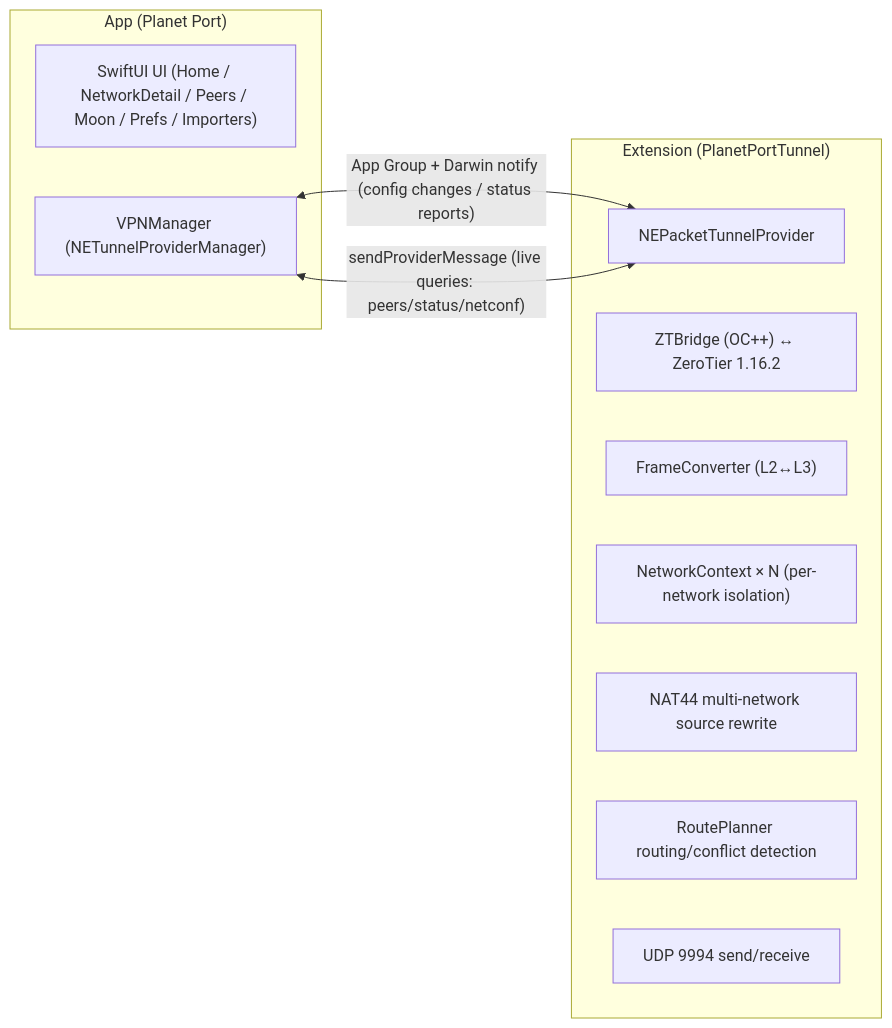
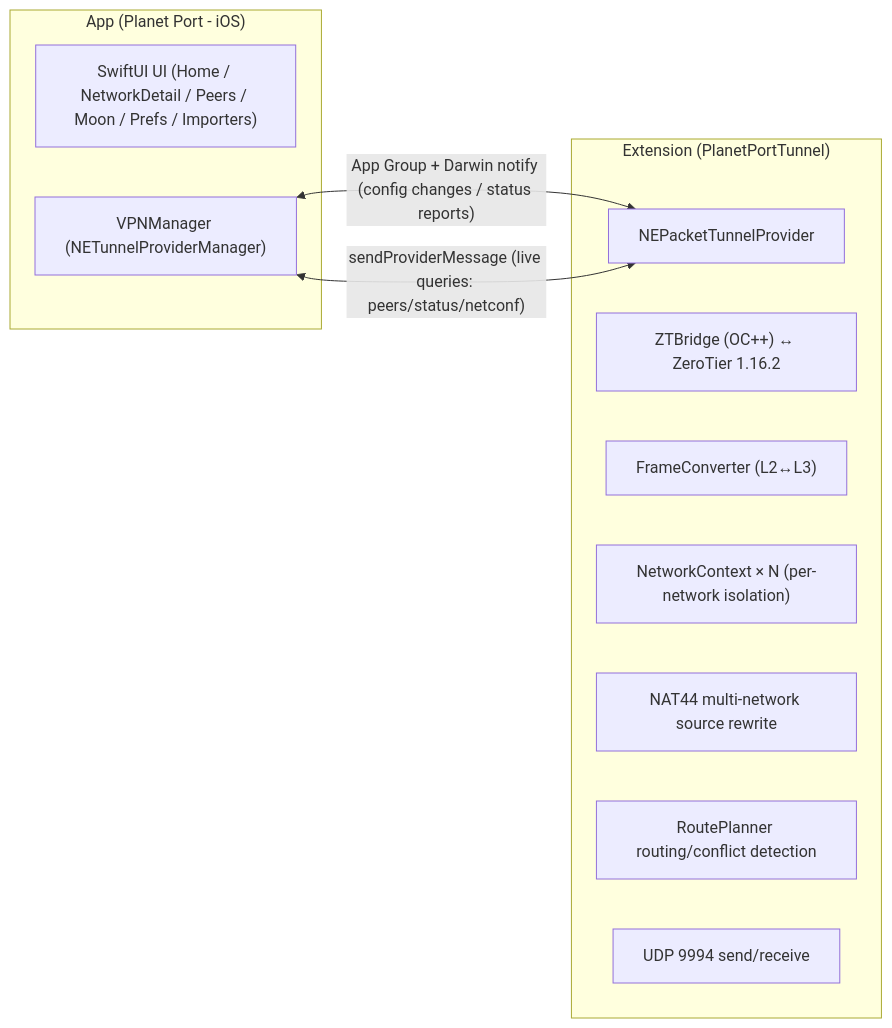
Before and after one commit to planet-port/planet-port-ios: the diagram in README.en.md, drawn with Mermaid. The commit also changed other lines of this file and 2 other files, not shown here.

First line of the commit message:
docs(readme): 软件名称统一为 Planet Port - iOS 并修正核心仓库链接

````diff
--- a/README.en.md
+++ b/README.en.md
@@ -60,18 +60,18 @@
 ```mermaid
 flowchart LR
-    subgraph App["App (Planet Port)"]
+    subgraph App["App (Planet Port - iOS)"]
         UI["SwiftUI UI (Home / NetworkDetail / Peers / Moon / Prefs / Importers)"]
         VM["VPNManager (NETunnelProviderManager)"]
     end
     subgraph Ext["Extension (PlanetPortTunnel)"]
         PTP["NEPacketTunnelProvider"]
         ZTB["ZTBridge (OC++) ↔ ZeroTier 1.16.2"]
         FC["FrameConverter (L2↔L3)"]
         NC["NetworkContext × N (per-network isolation)"]
         NAT["NAT44 multi-network source rewrite"]
         RP["RoutePlanner routing/conflict detection"]
         SOCK["UDP 9994 send/receive"]
     end
     VM <-- "App Group + Darwin notify (config changes / status reports)" --> PTP
     VM <-- "sendProviderMessage (live queries: peers/status/netconf)" --> PTP
 ```
````
